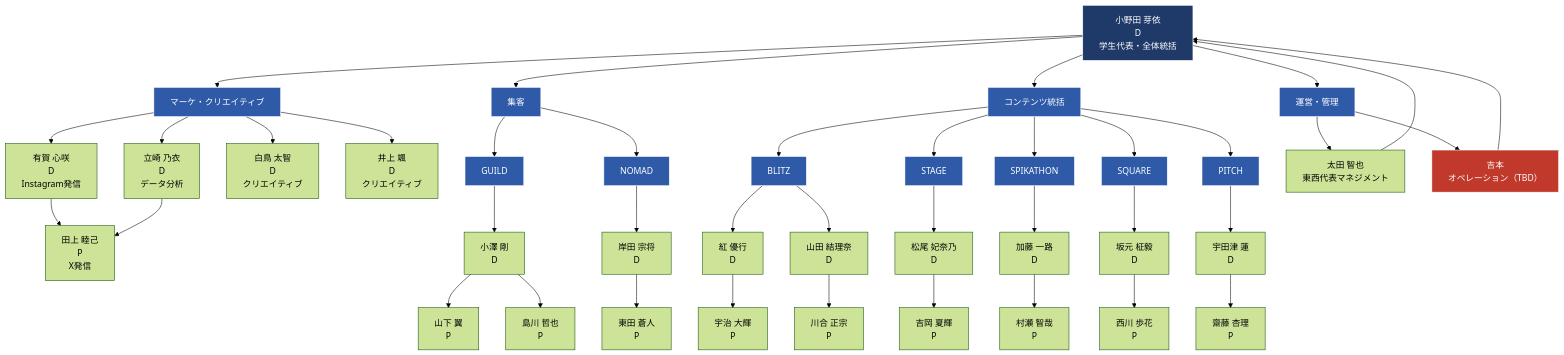
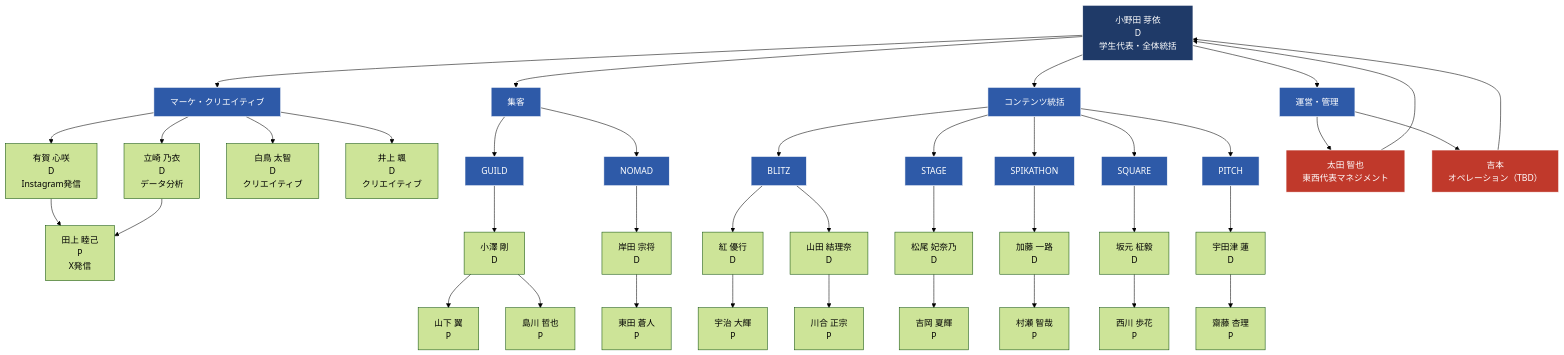
One commit to liofval/spikes_hr changed the second of 3 diagrams in spikes-org-chart.md. Above: the diagram before and after it, drawn with Mermaid (forest theme). The commit also changed 1 other file, not shown here.

Commit message:
組織図: 太田を赤色に変更（tbd）

````diff
--- a/spikes-org-chart.md
+++ b/spikes-org-chart.md
@@ -25,60 +25,60 @@
 ```mermaid
 graph TD
     Onoda["小野田 芽依<br/>D<br/>学生代表・全体統括"]
 
     Onoda --> MktHQ["マーケ・クリエイティブ"]
     Onoda --> PromoHQ["集客"]
     Onoda --> ContentHQ["コンテンツ統括"]
     Onoda --> OpsHQ["運営・管理"]
 
     %% マーケ・クリエイティブ
     MktHQ --> Aruga["有賀 心咲<br/>D<br/>Instagram発信"]
     MktHQ --> Tatsuzaki["立崎 乃衣<br/>D<br/>データ分析"]
     MktHQ --> Shiratori["白鳥 太智<br/>D<br/>クリエイティブ"]
     MktHQ --> Inoue["井上 颯<br/>D<br/>クリエイティブ"]
     Aruga --> Tagami["田上 睦己<br/>P<br/>X発信"]
     Tatsuzaki --> Tagami
 
     %% 集客
     PromoHQ --> GUILD["GUILD"]
     PromoHQ --> NOMAD["NOMAD"]
     GUILD --> Ozawa["小澤 剛<br/>D"]
     Ozawa --> Yamashita["山下 翼<br/>P"]
     Ozawa --> Shimakawa["島川 哲也<br/>P"]
     NOMAD --> Kishida["岸田 宗将<br/>D"]
     Kishida --> Azumada["東田 蒼人<br/>P"]
 
     %% コンテンツ
     ContentHQ --> BLITZ["BLITZ"]
     ContentHQ --> STAGE["STAGE"]
     ContentHQ --> SPIKATHON["SPIKATHON"]
     ContentHQ --> SQUARE["SQUARE"]
     ContentHQ --> PITCH["PITCH"]
     BLITZ --> Kurenai["紅 優行<br/>D"]
     BLITZ --> Yamada["山田 結理奈<br/>D"]
     Kurenai --> Uji["宇治 大輝<br/>P"]
     Yamada --> Kawai["川合 正宗<br/>P"]
     STAGE --> Matsuo["松尾 妃奈乃<br/>D"]
     Matsuo --> Yoshioka["吉岡 夏輝<br/>P"]
     SPIKATHON --> Kato["加藤 一路<br/>D"]
     Kato --> Murase["村瀬 智哉<br/>P"]
     SQUARE --> Sakamoto["坂元 柾毅<br/>D"]
     Sakamoto --> Nishikawa["西川 歩花<br/>P"]
     PITCH --> Udatsu["宇田津 蓮<br/>D"]
     Udatsu --> Saito["齋藤 杏理<br/>P"]
 
     %% 運営・管理
     OpsHQ --> Ota["太田 智也<br/>東西代表マネジメント"]
     OpsHQ --> Yoshimoto["吉本<br/>オペレーション（TBD）"]
     Ota --> Onoda
     Yoshimoto --> Onoda
 
     classDef head fill:#1f3a68,stroke:#fff,color:#fff;
     classDef group fill:#2e5aa8,stroke:#fff,color:#fff;
     classDef tbd fill:#c0392b,stroke:#fff,color:#fff;
     class Onoda head;
     class MktHQ,PromoHQ,ContentHQ,OpsHQ group;
     class BLITZ,STAGE,SPIKATHON,SQUARE,PITCH group;
     class GUILD,NOMAD group;
-    class Yoshimoto tbd;
+    class Yoshimoto,Ota tbd;
 ```
````
